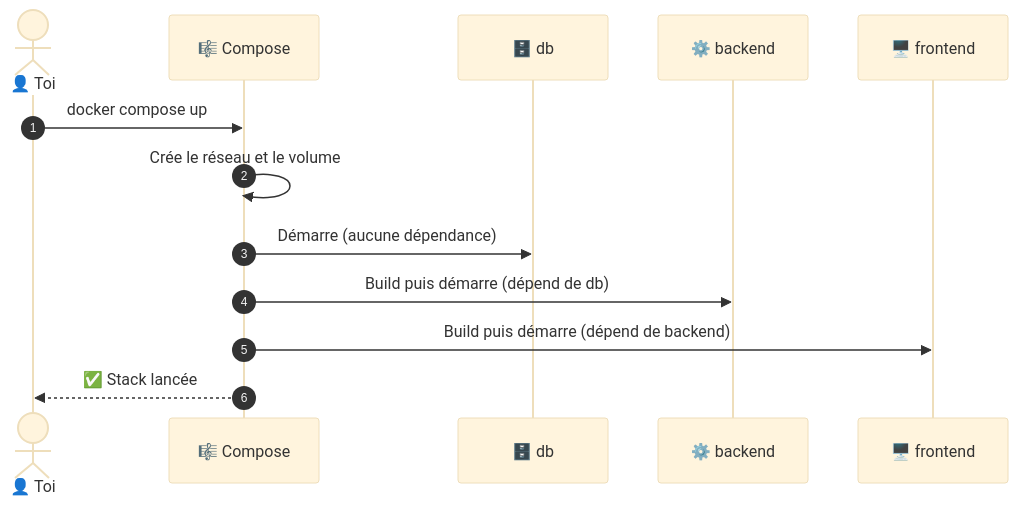
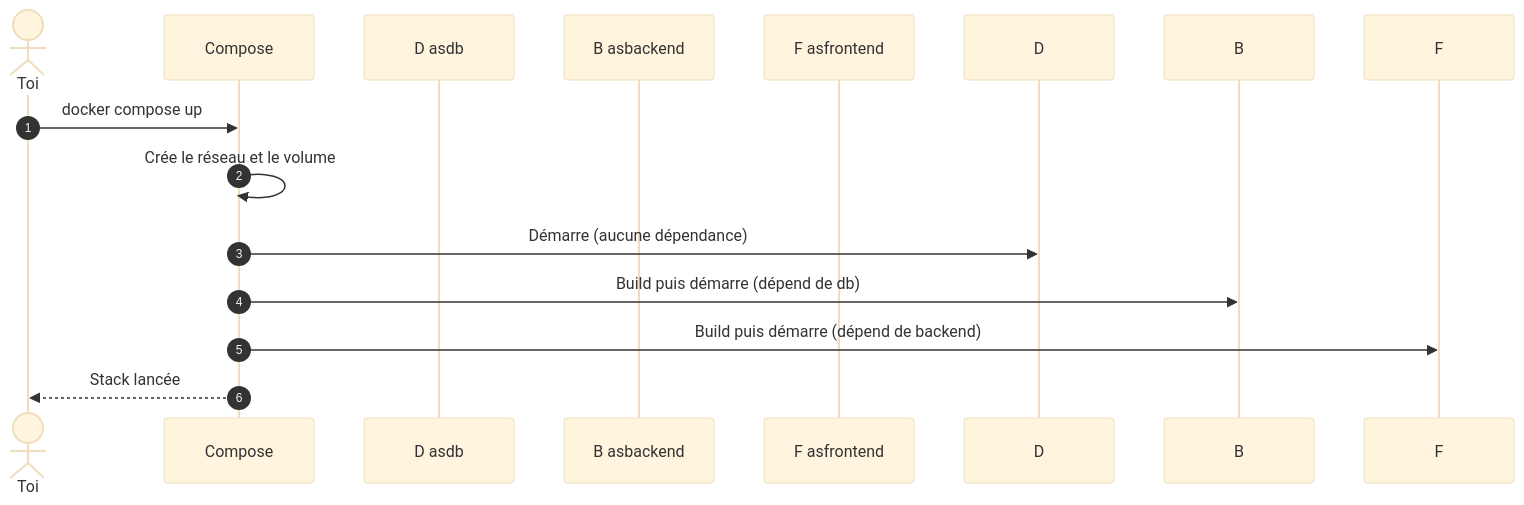
The second of 4 diagrams in methodologie-securite-it/docker/08-docker-compose.md (GoobyWoobies/HEIA-IT), drawn with Mermaid (base theme) before and after one commit. The commit also changed other lines of this file and 24 other files, not shown here.

````diff
--- a/methodologie-securite-it/docker/08-docker-compose.md
+++ b/methodologie-securite-it/docker/08-docker-compose.md
@@ -160,16 +160,16 @@
 ```mermaid
 sequenceDiagram
     autonumber
-    actor U as 👤 Toi
-    participant C as 🎼 Compose
-    participant D as 🗄️ db
-    participant B as ⚙️ backend
-    participant F as 🖥️ frontend
+    actor U as Toi
+    participant C as Compose
+    participant D asdb
+    participant B asbackend
+    participant F asfrontend
 
     U->>C: docker compose up
     C->>C: Crée le réseau et le volume
     C->>D: Démarre (aucune dépendance)
     C->>B: Build puis démarre (dépend de db)
     C->>F: Build puis démarre (dépend de backend)
-    C-->>U: ✅ Stack lancée
+    C-->>U: Stack lancée
 ```
````
